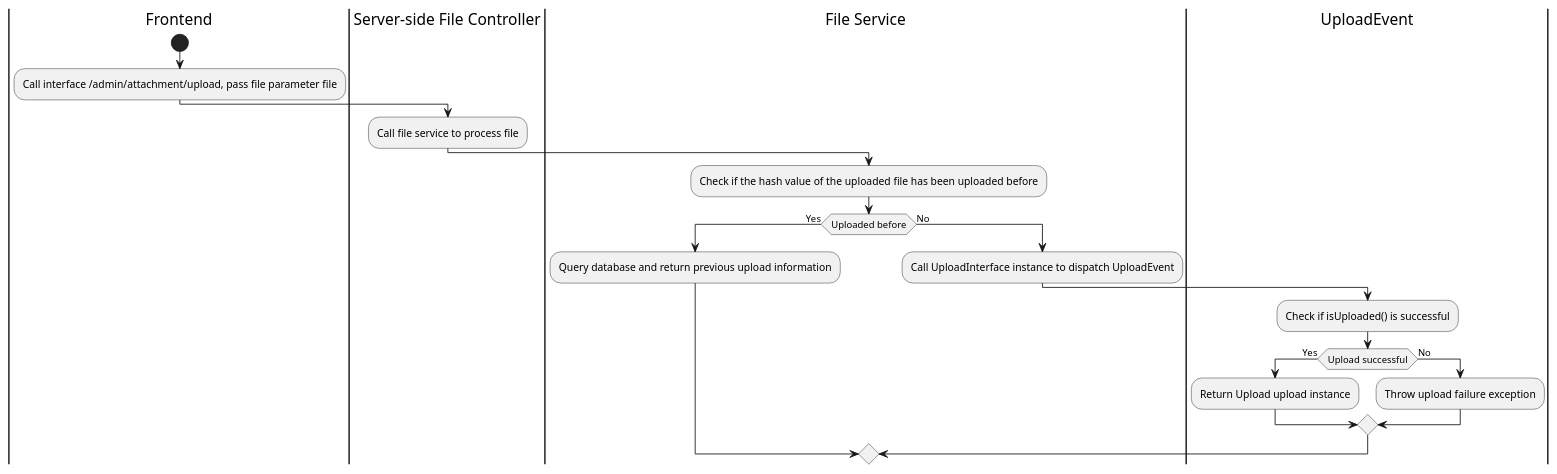
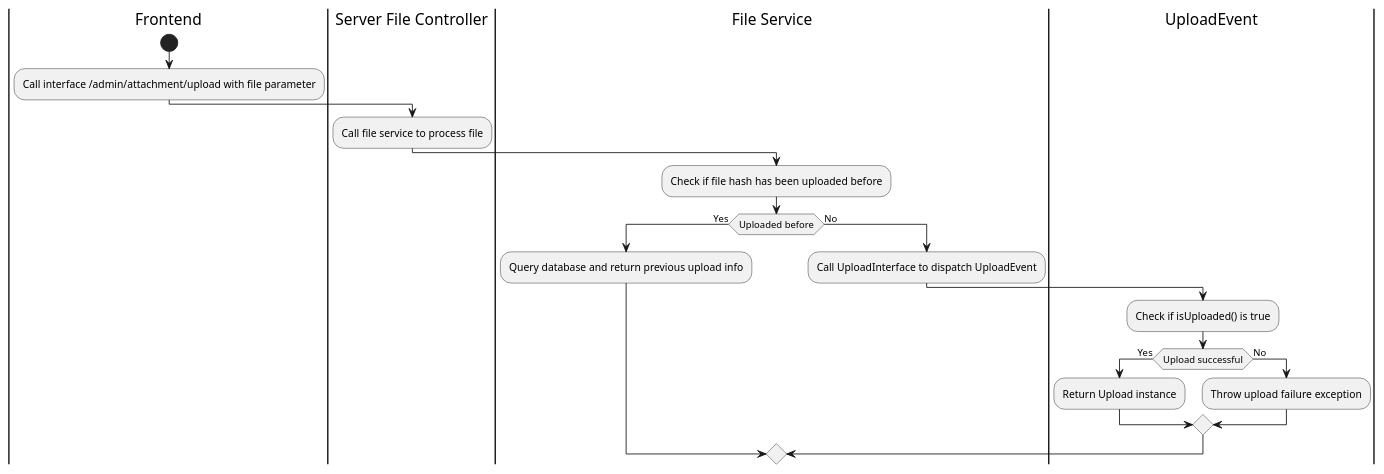
One commit to mineadmin/doc-v3 changed the first of 2 diagrams in docs/en/backend/base/upload.md. Above: the diagram before and after it, drawn with PlantUML. The commit also changed other lines of this file and 195 other files, not shown here.

````diff
--- a/docs/en/backend/base/upload.md
+++ b/docs/en/backend/base/upload.md
@@ -262,21 +258,21 @@
 ```plantuml
 |Frontend|
 start
-:Call interface /admin/attachment/upload, pass file parameter file;
-|Server-side File Controller|
+:Call interface /admin/attachment/upload with file parameter;
+|Server File Controller|
 :Call file service to process file;
 |File Service|
-:Check if the hash value of the uploaded file has been uploaded before;
+:Check if file hash has been uploaded before;
 if (Uploaded before) then (Yes)
-    :Query database and return previous upload information;
+    :Query database and return previous upload info;
 else (No)
-    :Call UploadInterface instance to dispatch UploadEvent;
+    :Call UploadInterface to dispatch UploadEvent;
     |UploadEvent|
-    :Check if isUploaded() is successful;
+    :Check if isUploaded() is true;
     if (Upload successful) then (Yes)
-        :Return Upload upload instance;
+        :Return Upload instance;
     else (No)
         :Throw upload failure exception;
     endif
 endif
 ```
````
